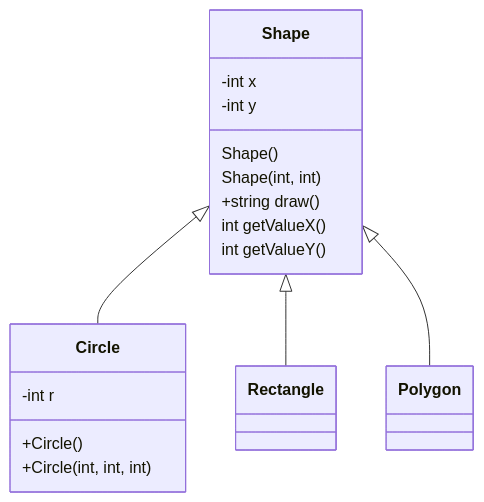
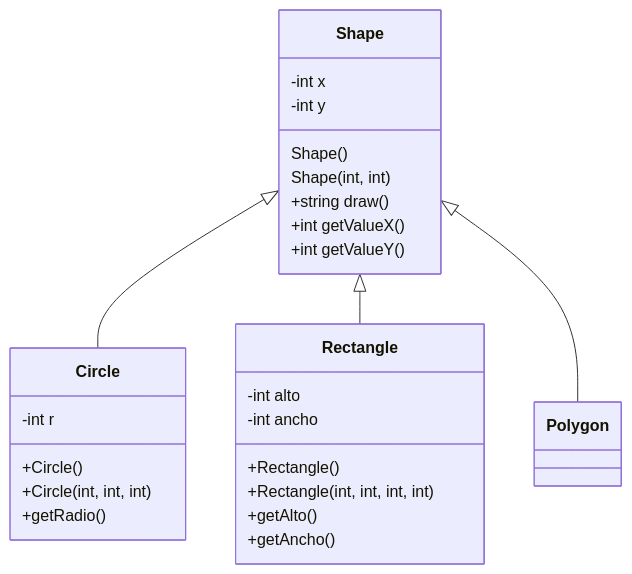
Before and after one commit to C-SIN-TC1030-301-2211/-TC1030.cpp.herencia: the first of 2 diagrams in assignments/01-ShapeCircleRectanglePolygon/README.md, drawn with Mermaid. The commit also changed 4 other files, not shown here.

````diff
--- a/assignments/01-ShapeCircleRectanglePolygon/README.md
+++ b/assignments/01-ShapeCircleRectanglePolygon/README.md
@@ -5,24 +5,31 @@
 ```mermaid
 classDiagram
       Shape <|-- Circle
       Shape <|-- Rectangle
       Shape <|-- Polygon
       Shape:-int x
       Shape:-int y
       Shape:Shape()
       Shape:Shape(int, int)
       Shape:+string draw()
-      Shape:int getValueX()
-      Shape:int getValueY()
+      Shape:+int getValueX()
+      Shape:+int getValueY()
       class Circle {
         -int r
         +Circle()
         +Circle(int, int, int)
+        +getRadio()
       }
-      class Rectangle {        
+      class Rectangle {  
+            -int alto
+            -int ancho
+            +Rectangle()
+            +Rectangle(int, int, int, int)
+            +getAlto()
+            +getAncho()      
       }
       class Polygon {
       }
         
 
 ```
````
